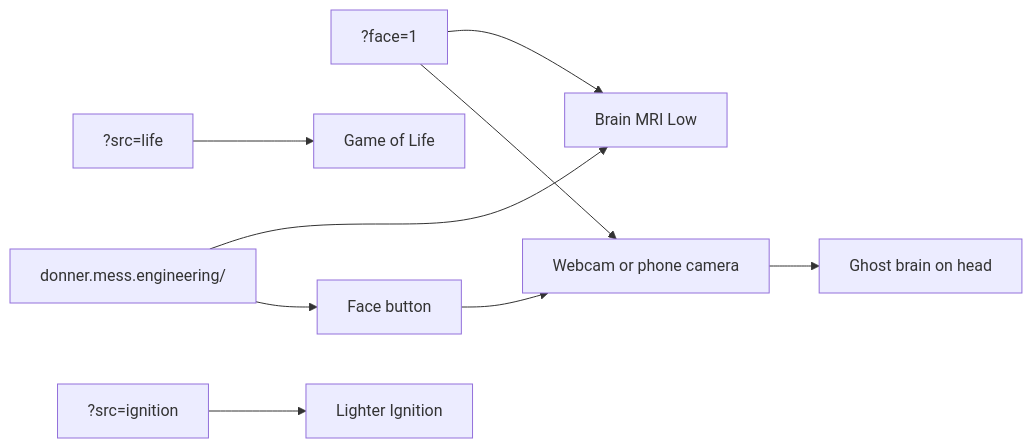
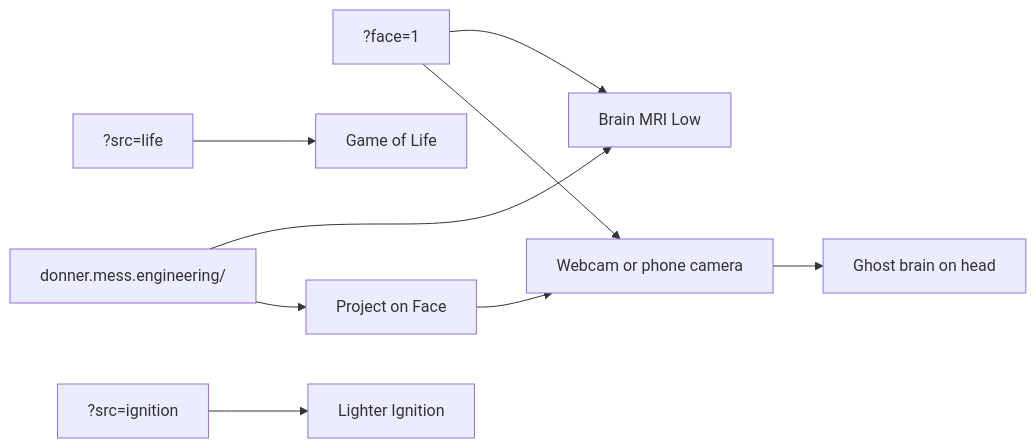
Before and after one commit to PiMaV/DONNER: the third of 38 diagrams in architecture.md, drawn with Mermaid. The commit also changed other lines of this file and 21 other files, not shown here.

Commit message:
Put Project on Face in Source for Brain MRI and restore orbit when leaving Face so Lighter Ignition and Game of Life are not stuck on a frozen camera.

````diff
--- a/architecture.md
+++ b/architecture.md
@@ -89,20 +90,20 @@
 ```mermaid
 flowchart LR
   bare["donner.mess.engineering/"]
   life["?src=life"]
   ign["?src=ignition"]
   faceQ["?face=1"]
   brain[Brain MRI Low]
   gol[Game of Life]
   lighter[Lighter Ignition]
-  faceBtn[Face button]
+  faceBtn[Project on Face]
   cam[Webcam or phone camera]
   bare --> brain
   bare --> faceBtn
   faceQ --> brain
   faceQ --> cam
   life --> gol
   ign --> lighter
   faceBtn --> cam
   cam --> overlay[Ghost brain on head]
 ```
````
